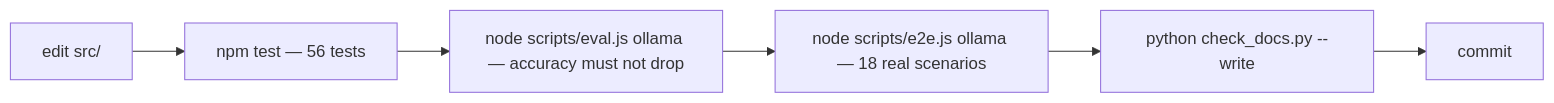
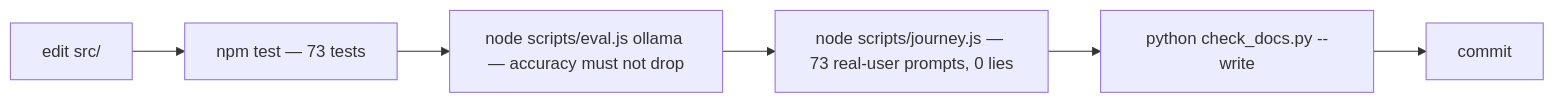
The second of 2 diagrams in docs/architecture.md (vishnurkb/GitCat), drawn with Mermaid before and after one commit. The commit also changed other lines of this file and 30 other files, not shown here.

````diff
--- a/docs/architecture.md
+++ b/docs/architecture.md
@@ -71,8 +74,8 @@
 ```mermaid
 flowchart LR
-  E[edit src/] --> T[npm test — 56 tests]
+  E[edit src/] --> T[npm test — 73 tests]
   T --> EV[node scripts/eval.js ollama — accuracy must not drop]
-  EV --> E2[node scripts/e2e.js ollama — 18 real scenarios]
+  EV --> E2[node scripts/journey.js — 73 real-user prompts, 0 lies]
   E2 --> D[python check_docs.py --write]
   D --> C[commit]
 ```
````
